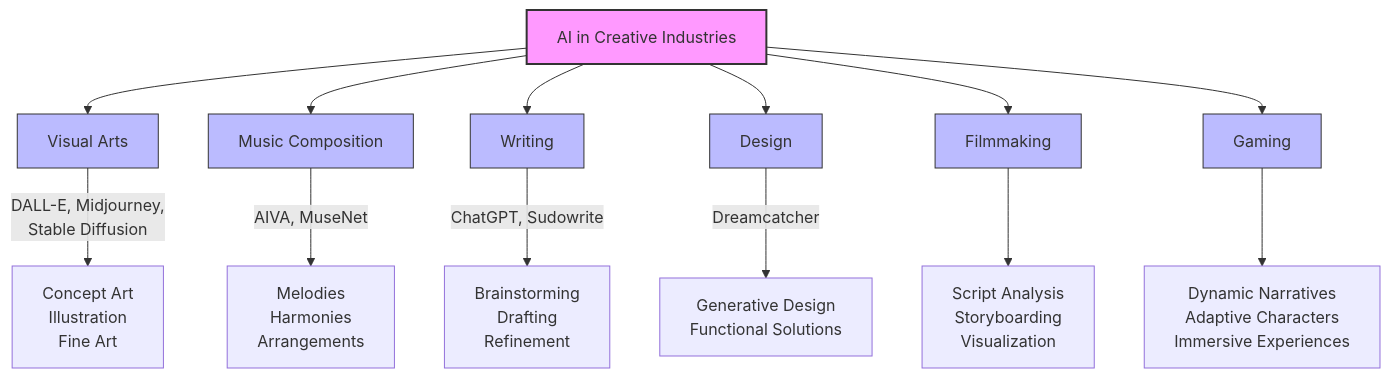
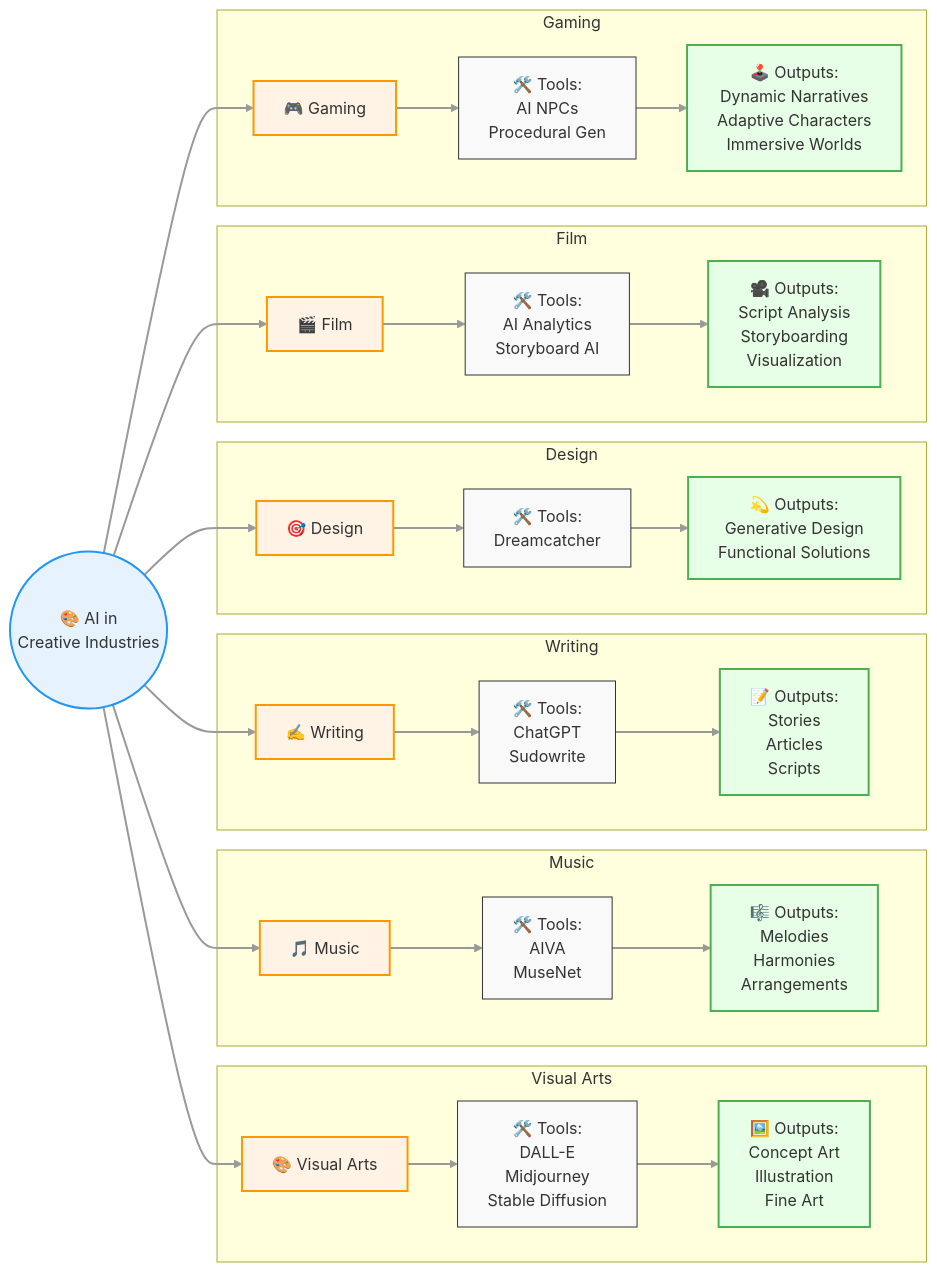
One commit to boubakerwa/personal-website changed the diagram in assets/blog/ai-creativity.md. Above: the diagram before and after it, drawn with Mermaid. The commit also changed 1 other file, not shown here.

````diff
--- a/assets/blog/ai-creativity.md
+++ b/assets/blog/ai-creativity.md
@@ -11,24 +11,65 @@
 ```mermaid
-graph TD
-    AI[AI in Creative Industries] --> VA[Visual Arts]
-    AI --> MC[Music Composition]
-    AI --> WR[Writing]
-    AI --> DS[Design]
-    AI --> FM[Filmmaking]
-    AI --> GM[Gaming]
+graph LR
+    AI(("🎨 AI in<br>Creative Industries"))
+    
+    subgraph Visual Arts
+    VA["🎨 Visual Arts"]
+    VAT["🛠️ Tools:<br>DALL-E<br>Midjourney<br>Stable Diffusion"]
+    VAO["🖼️ Outputs:<br>Concept Art<br>Illustration<br>Fine Art"]
+    end
+    
+    subgraph Music
+    MC["🎵 Music"]
+    MCT["🛠️ Tools:<br>AIVA<br>MuseNet"]
+    MCO["🎼 Outputs:<br>Melodies<br>Harmonies<br>Arrangements"]
+    end
+    
+    subgraph Writing
+    WR["✍️ Writing"]
+    WRT["🛠️ Tools:<br>ChatGPT<br>Sudowrite"]
+    WRO["📝 Outputs:<br>Stories<br>Articles<br>Scripts"]
+    end
+    
+    subgraph Design
+    DS["🎯 Design"]
+    DST["🛠️ Tools:<br>Dreamcatcher"]
+    DSO["💫 Outputs:<br>Generative Design<br>Functional Solutions"]
+    end
+    
+    subgraph Film
+    FM["🎬 Film"]
+    FMT["🛠️ Tools:<br>AI Analytics<br>Storyboard AI"]
+    FMO["🎥 Outputs:<br>Script Analysis<br>Storyboarding<br>Visualization"]
+    end
+    
+    subgraph Gaming
+    GM["🎮 Gaming"]
+    GMT["🛠️ Tools:<br>AI NPCs<br>Procedural Gen"]
+    GMO["🕹️ Outputs:<br>Dynamic Narratives<br>Adaptive Characters<br>Immersive Worlds"]
+    end
 
-    VA --> |DALL-E, Midjourney,<br>Stable Diffusion| VAO[Concept Art<br>Illustration<br>Fine Art]
-    MC --> |AIVA, MuseNet| MCO[Melodies<br>Harmonies<br>Arrangements]
-    WR --> |ChatGPT, Sudowrite| WRO[Brainstorming<br>Drafting<br>Refinement]
-    DS --> |Dreamcatcher| DSO[Generative Design<br>Functional Solutions]
-    FM --> FMO[Script Analysis<br>Storyboarding<br>Visualization]
-    GM --> GMO[Dynamic Narratives<br>Adaptive Characters<br>Immersive Experiences]
+    AI --> VA
+    AI --> MC
+    AI --> WR
+    AI --> DS
+    AI --> FM
+    AI --> GM
+    
+    VA --> VAT --> VAO
+    MC --> MCT --> MCO
+    WR --> WRT --> WRO
+    DS --> DST --> DSO
+    FM --> FMT --> FMO
+    GM --> GMT --> GMO
 
-    style AI fill:#f9f,stroke:#333,stroke-width:2px
-    style VA fill:#bbf,stroke:#333
-    style MC fill:#bbf,stroke:#333
-    style WR fill:#bbf,stroke:#333
-    style DS fill:#bbf,stroke:#333
-    style FM fill:#bbf,stroke:#333
-    style GM fill:#bbf,stroke:#333
+    classDef default fill:#f9f9f9,stroke:#333,stroke-width:1px
+    classDef primary fill:#e6f3ff,stroke:#2196f3,stroke-width:2px
+    classDef secondary fill:#fff3e6,stroke:#ff9800,stroke-width:2px
+    classDef output fill:#e6ffe6,stroke:#4caf50,stroke-width:2px
+    
+    class AI primary
+    class VA,MC,WR,DS,FM,GM secondary
+    class VAO,MCO,WRO,DSO,FMO,GMO output
+    
+    linkStyle default stroke:#999,stroke-width:2px
 ```
````
